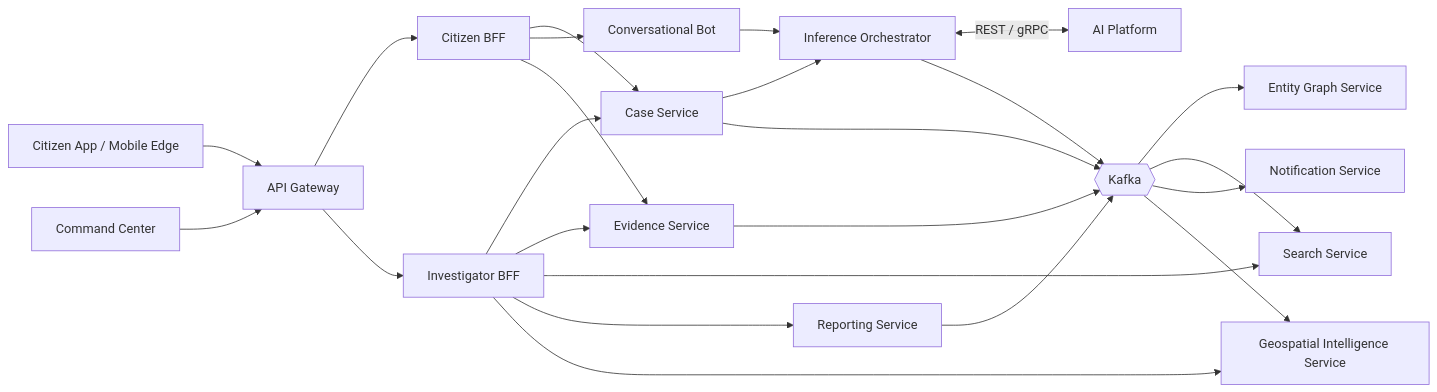
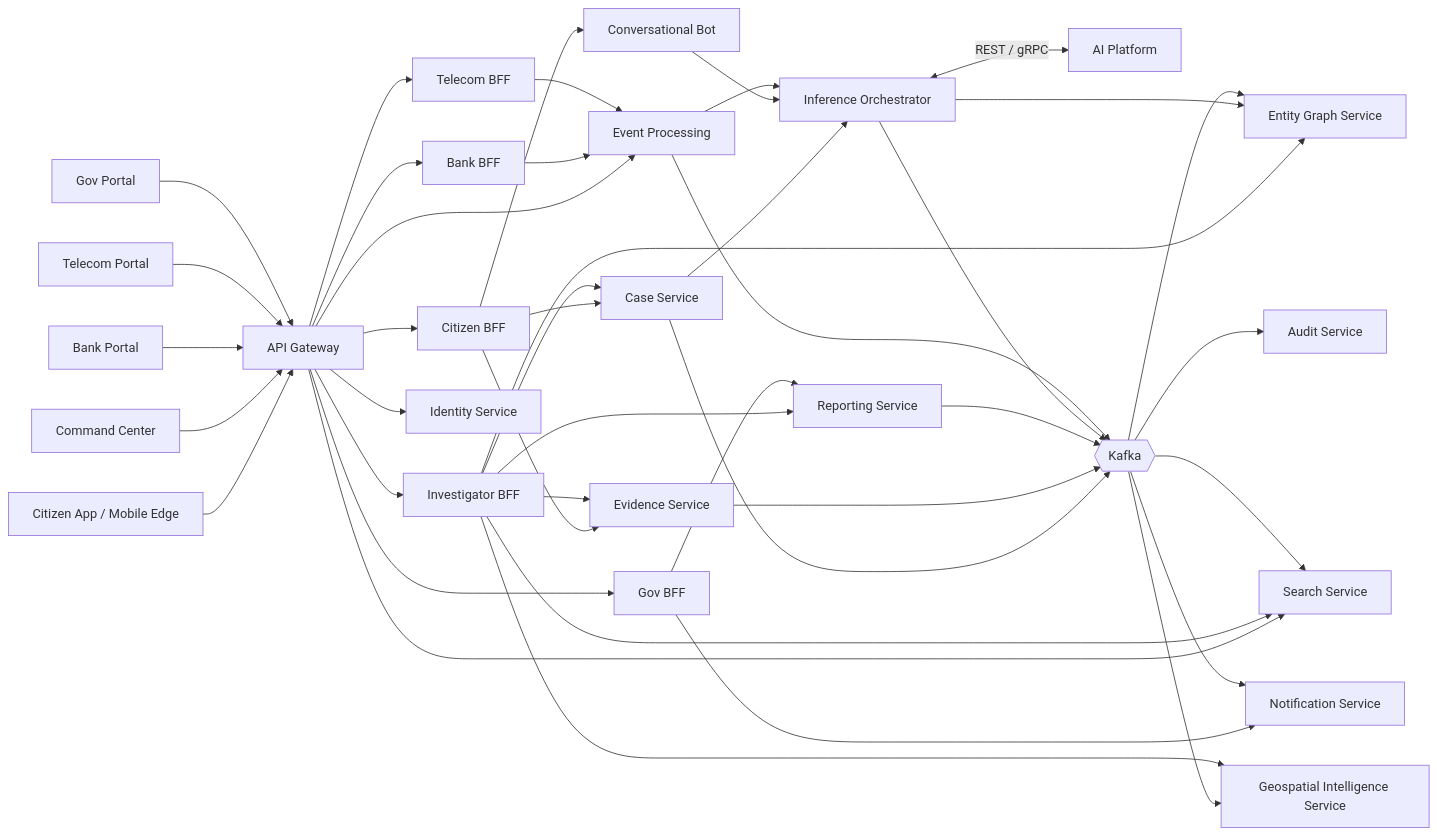
One commit to DigantaSen/Cyber-Fraud-Detection-Service changed the second of 18 diagrams in HLD.md. Above: the diagram before and after it, drawn with Mermaid. The commit also changed other lines of this file and 484 other files, not shown here.

````diff
--- a/HLD.md
+++ b/HLD.md
@@ -42,32 +43,51 @@
 ```mermaid
 flowchart LR
     Citizen[Citizen App / Mobile Edge] --> API[API Gateway]
     Command[Command Center] --> API
+    Bank[Bank Portal] --> API
+    Telco[Telecom Portal] --> API
+    Gov[Gov Portal] --> API
     
     API --> BFF_Cit[Citizen BFF]
     API --> BFF_Inv[Investigator BFF]
+    API --> BFF_Bank[Bank BFF]
+    API --> BFF_Telco[Telecom BFF]
+    API --> BFF_Gov[Gov BFF]
+    API --> EventProc
+    API --> Search[Search Service]
+    API --> Auth[Identity Service]
     
     BFF_Cit --> Case[Case Service]
     BFF_Cit --> Bot[Conversational Bot]
     BFF_Cit --> Ev[Evidence Service]
     
     BFF_Inv --> Case
     BFF_Inv --> Ev
     BFF_Inv --> Search[Search Service]
     BFF_Inv --> Report[Reporting Service]
+    BFF_Inv --> Entity[Entity Graph Service]
+    
+    BFF_Bank --> EventProc[Event Processing]
+    BFF_Telco --> EventProc
+    BFF_Gov --> Report
+    BFF_Gov --> Notify[Notification Service]
     
     Case --> Orch[Inference Orchestrator]
     Bot --> Orch
+    EventProc --> Orch
+    Orch --> Entity
     Orch <-->|REST / gRPC| AI_Ext[AI Platform]
     
     Case --> Kafka{{Kafka}}
     Ev --> Kafka
     Report --> Kafka
     Orch --> Kafka
+    EventProc --> Kafka
     
     Kafka --> Entity[Entity Graph Service]
     Kafka --> Search
     Kafka --> Notify[Notification Service]
     Kafka --> Geo[Geospatial Intelligence Service]
+    Kafka --> Audit[Audit Service]
     BFF_Inv --> Geo
 ```
````
